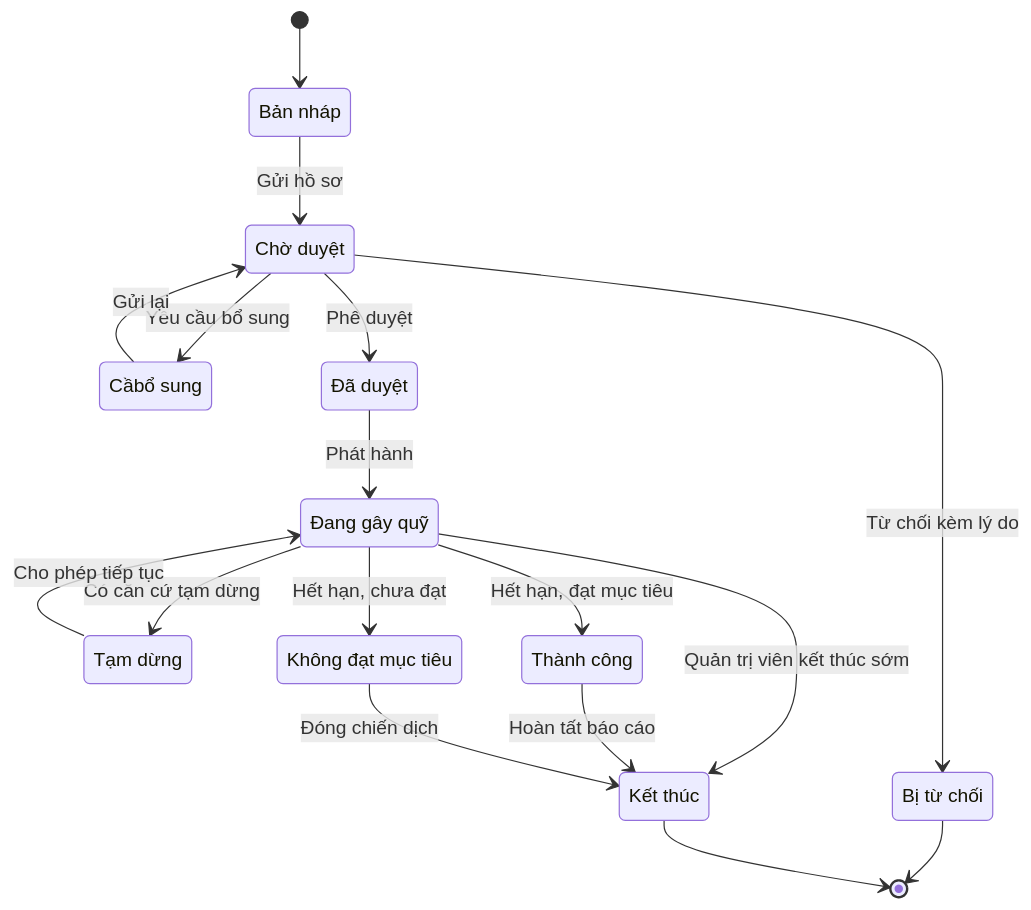
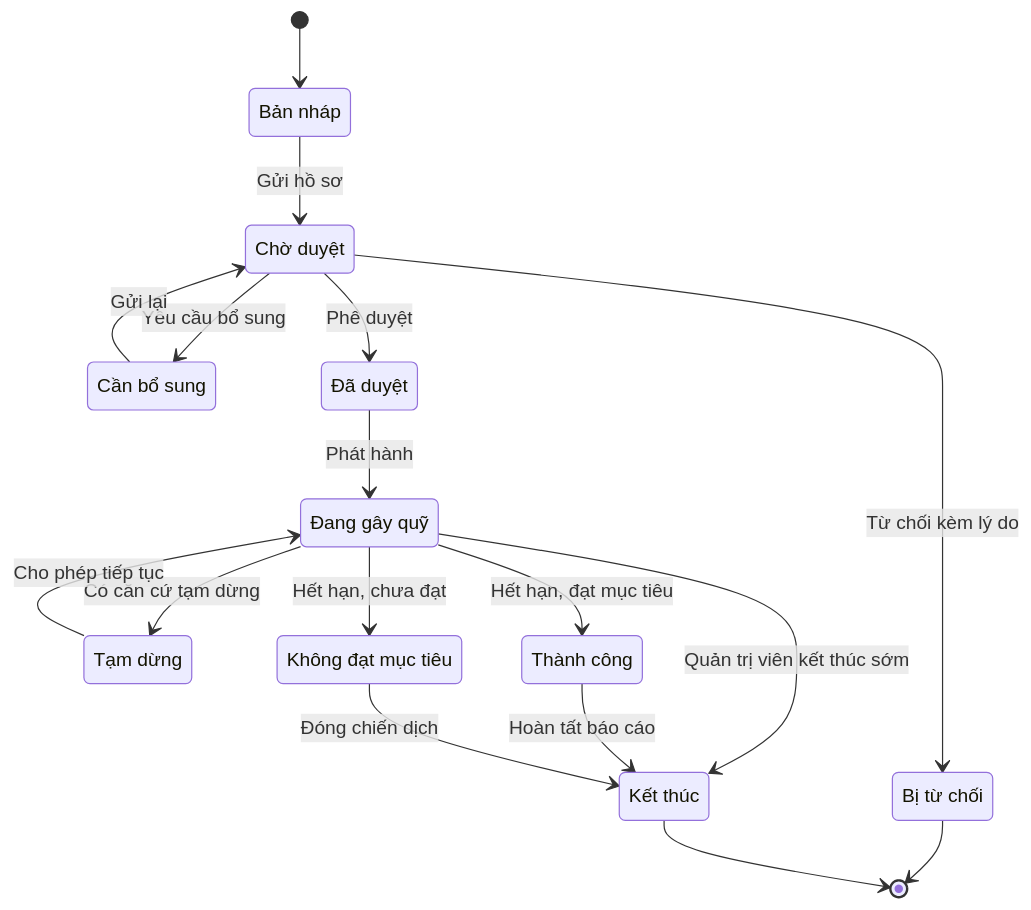
Before and after one commit to nhanhuutran007/DATN_2627_Website: the first of 4 diagrams in README.md, drawn with Mermaid. The commit also changed other lines of this file, not shown here.

````diff
--- a/README.md
+++ b/README.md
@@ -150,29 +152,29 @@
 ```mermaid
 stateDiagram-v2
     [*] --> BanNhap
     BanNhap: Bản nháp
     BanNhap --> ChoDuyet: Gửi hồ sơ
     ChoDuyet: Chờ duyệt
     ChoDuyet --> CanBoSung: Yêu cầu bổ sung
-    CanBoSung: Cầbổ sung
+    CanBoSung: Cần bổ sung
     CanBoSung --> ChoDuyet: Gửi lại
     ChoDuyet --> DaDuyet: Phê duyệt
     ChoDuyet --> TuChoi: Từ chối kèm lý do
     TuChoi: Bị từ chối
     DaDuyet: Đã duyệt
     DaDuyet --> DangGayQuy: Phát hành
     DangGayQuy: Đang gây quỹ
     DangGayQuy --> TamDung: Có căn cứ tạm dừng
     TamDung: Tạm dừng
     TamDung --> DangGayQuy: Cho phép tiếp tục
     DangGayQuy --> ThanhCong: Hết hạn, đạt mục tiêu
     DangGayQuy --> KhongDat: Hết hạn, chưa đạt
     DangGayQuy --> KetThuc: Quản trị viên kết thúc sớm
     ThanhCong: Thành công
     KhongDat: Không đạt mục tiêu
     ThanhCong --> KetThuc: Hoàn tất báo cáo
     KhongDat --> KetThuc: Đóng chiến dịch
     KetThuc: Kết thúc
     TuChoi --> [*]
     KetThuc --> [*]
 ```
````
